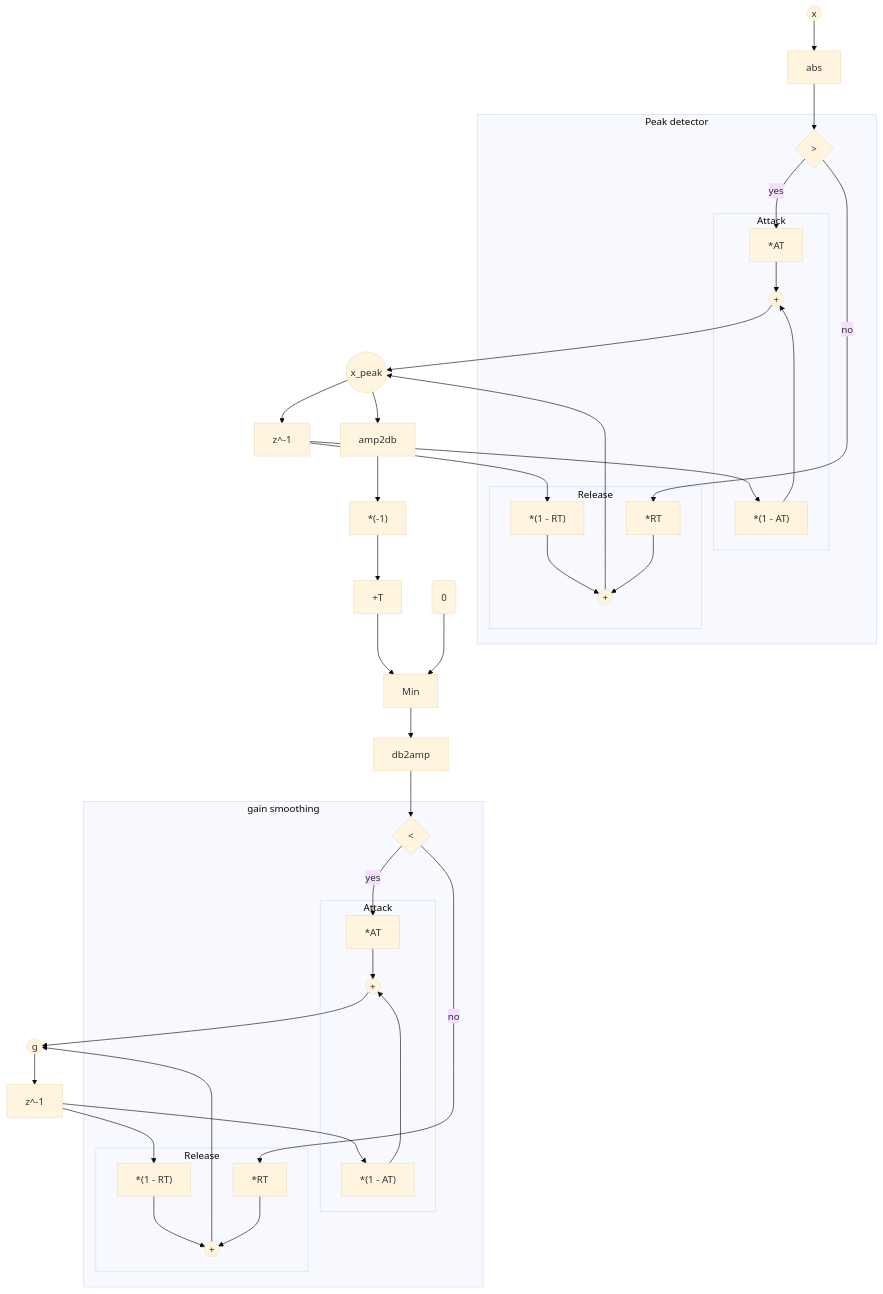
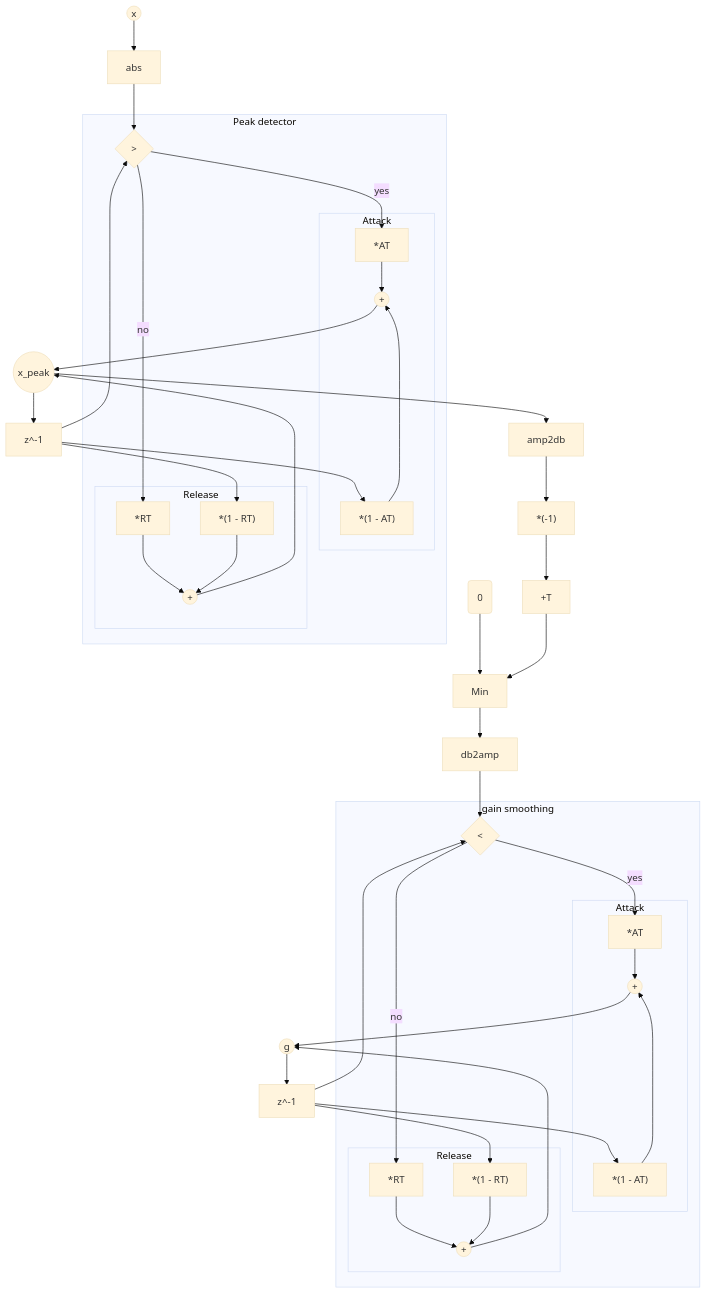
One commit to yoyololicon/torchcomp changed the second of 2 diagrams in README.md. Above: the diagram before and after it, drawn with Mermaid (base theme).

````diff
--- a/README.md
+++ b/README.md
@@ -164,48 +164,48 @@
 ```mermaid
 graph TB
     input((x))
     output((g))
     peak((x_peak))
     abs[abs]
     delay[z^-1]
     zero( 0 )
 
     ifelse1{>}
     ifelse2{<}
 
     input --> abs --> ifelse1
 
     subgraph Peak detector
         ifelse1 -->|yes| multAT["*AT"]
         subgraph at1 [Attack]
             multAT & multATT --> plus1(("+"))
         end
 
         ifelse1 -->|no| multRT["*RT"]
         subgraph rt1 [Release]
             multRT & multRTT --> plus2(("+"))
         end
     end
     
     plus1 & plus2 --> peak
-    peak --> delay --> multATT["*(1 - AT)"] & multRTT["*(1 - RT)"]
+    peak --> delay --> multATT["*(1 - AT)"] & multRTT["*(1 - RT)"] & ifelse1
 
     peak --> amp2db[amp2db] --> neg["*(-1)"] --> plusT["+T"]
     zero & plusT --> min[Min] --> db2amp[db2amp] --> ifelse2{<}
 
     subgraph gain smoothing
         ifelse2 -->|yes| multAT2["*AT"]
         subgraph at2 [Attack]
             multAT2 & multATT2 --> plus3(("+"))
         end
 
         ifelse2 -->|no| multRT2["*RT"]
         subgraph rt2 [Release]
             multRT2 & multRTT2 --> plus4(("+"))
         end
     end
 
-    output --> delay2[z^-1] --> multATT2["*(1 - AT)"] & multRTT2["*(1 - RT)"]
+    output --> delay2[z^-1] --> multATT2["*(1 - AT)"] & multRTT2["*(1 - RT)"] & ifelse2
 
     plus3 & plus4 --> output
 ```
````
